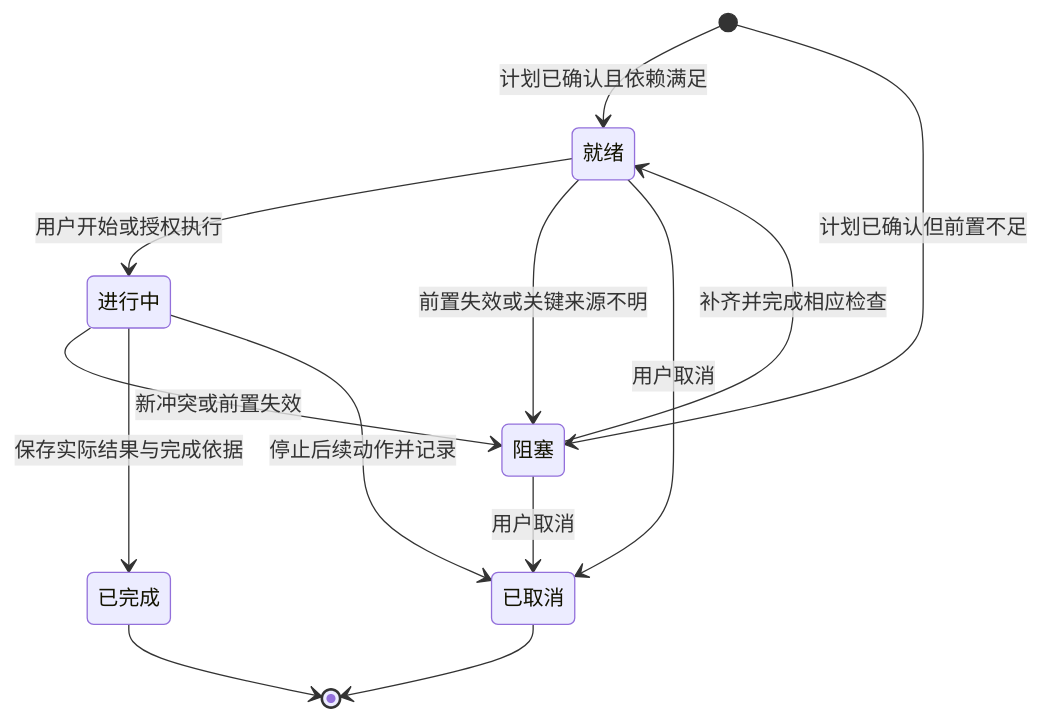
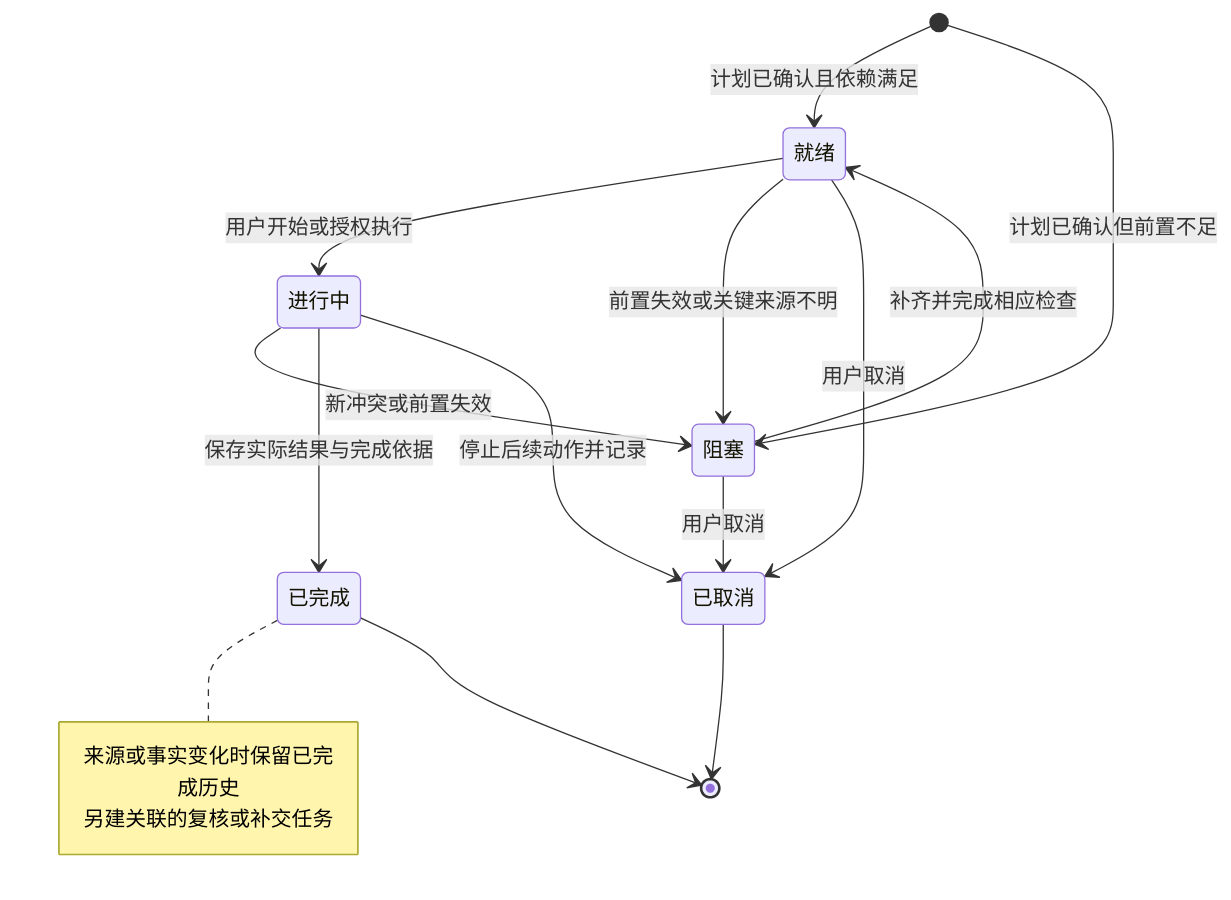
One commit to LotteryCamp/OfferPilot changed the diagram in docs/design/requirements/he-huiyuan/diagrams/03_任务状态.mmd. Above: the diagram before and after it, drawn with Mermaid. The commit also changed 10 other files, not shown here.

```diff
--- a/docs/design/requirements/he-huiyuan/diagrams/03_任务状态.mmd
+++ b/docs/design/requirements/he-huiyuan/diagrams/03_任务状态.mmd
@@ -1,18 +1,22 @@
 stateDiagram-v2
     state "就绪" as Ready
     state "阻塞" as Blocked
     state "进行中" as Running
     state "已完成" as Done
     state "已取消" as Cancelled
     [*] --> Ready: 计划已确认且依赖满足
     [*] --> Blocked: 计划已确认但前置不足
     Ready --> Running: 用户开始或授权执行
     Ready --> Blocked: 前置失效或关键来源不明
     Running --> Blocked: 新冲突或前置失效
     Blocked --> Ready: 补齐并完成相应检查
     Running --> Done: 保存实际结果与完成依据
     Ready --> Cancelled: 用户取消
     Blocked --> Cancelled: 用户取消
     Running --> Cancelled: 停止后续动作并记录
+    note right of Done
+        来源或事实变化时保留已完成历史
+        另建关联的复核或补交任务
+    end note
     Done --> [*]
     Cancelled --> [*]
```
